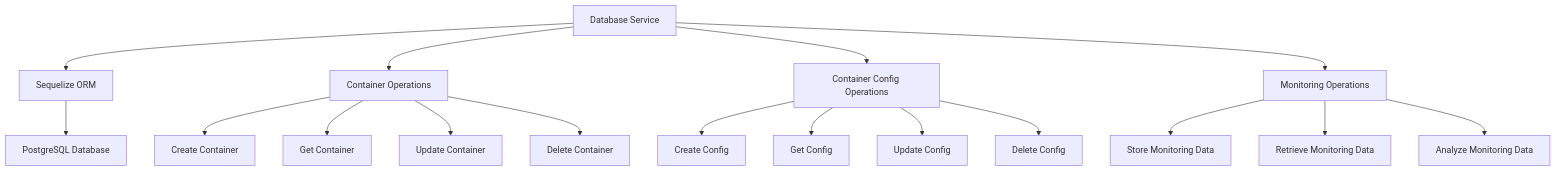
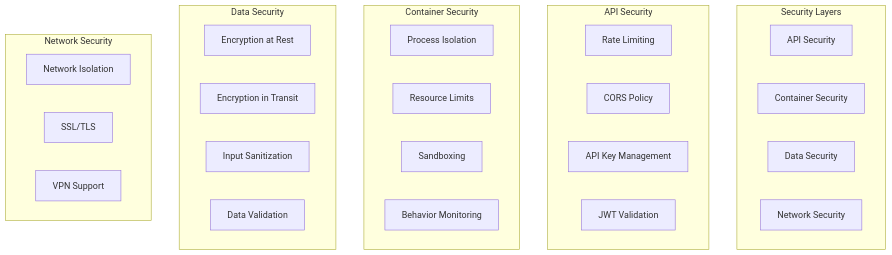
One commit to radicalkjax/Athena changed diagram 16 of 24 in docs/ARCHITECTURE.md. Above: the diagram before and after it, drawn with Mermaid. The commit also changed other lines of this file and 94 other files, not shown here.

````diff
--- a/docs/ARCHITECTURE.md
+++ b/docs/ARCHITECTURE.md
@@ -404,23 +612,36 @@
 ```mermaid
-flowchart TD
-    A[Database Service] --> B[Sequelize ORM]
-    B --> C[PostgreSQL Database]
+graph TB
+    subgraph "Security Layers"
+        API[API Security]
+        Container[Container Security]
+        Data[Data Security]
+        Network[Network Security]
+    end
     
-    A --> D[Container Operations]
-    A --> E[Container Config Operations]
-    A --> F[Monitoring Operations]
+    subgraph "API Security"
+        RateLimit[Rate Limiting]
+        CORS[CORS Policy]
+        APIKeys[API Key Management]
+        JWT[JWT Validation]
+    end
     
-    D --> D1[Create Container]
-    D --> D2[Get Container]
-    D --> D3[Update Container]
-    D --> D4[Delete Container]
+    subgraph "Container Security"
+        Isolation[Process Isolation]
+        ResourceLimits[Resource Limits]
+        Sandbox[Sandboxing]
+        Monitoring[Behavior Monitoring]
+    end
     
-    E --> E1[Create Config]
-    E --> E2[Get Config]
-    E --> E3[Update Config]
-    E --> E4[Delete Config]
+    subgraph "Data Security"
+        Encryption[Encryption at Rest]
+        Transit[Encryption in Transit]
+        Sanitization[Input Sanitization]
+        Validation[Data Validation]
+    end
     
-    F --> F1[Store Monitoring Data]
-    F --> F2[Retrieve Monitoring Data]
-    F --> F3[Analyze Monitoring Data]
+    subgraph "Network Security"
+        Firewall[Network Isolation]
+        SSL[SSL/TLS]
+        VPN[VPN Support]
+    end
 ```
````
